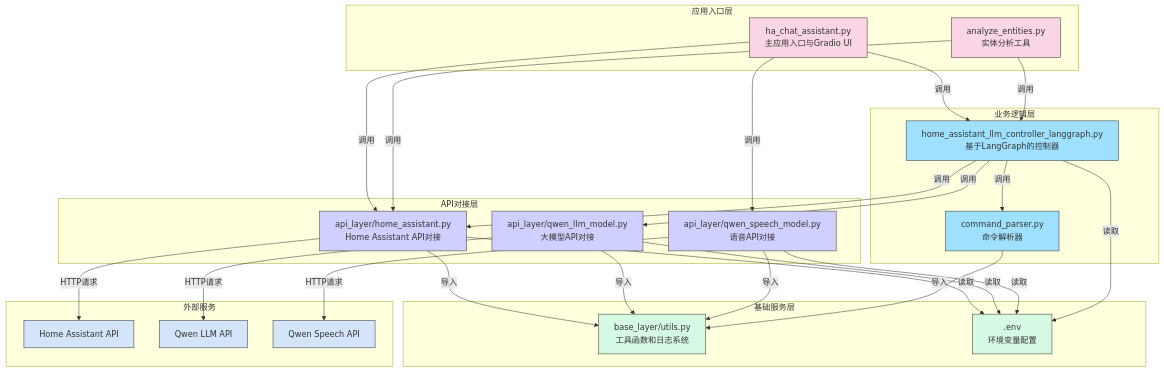
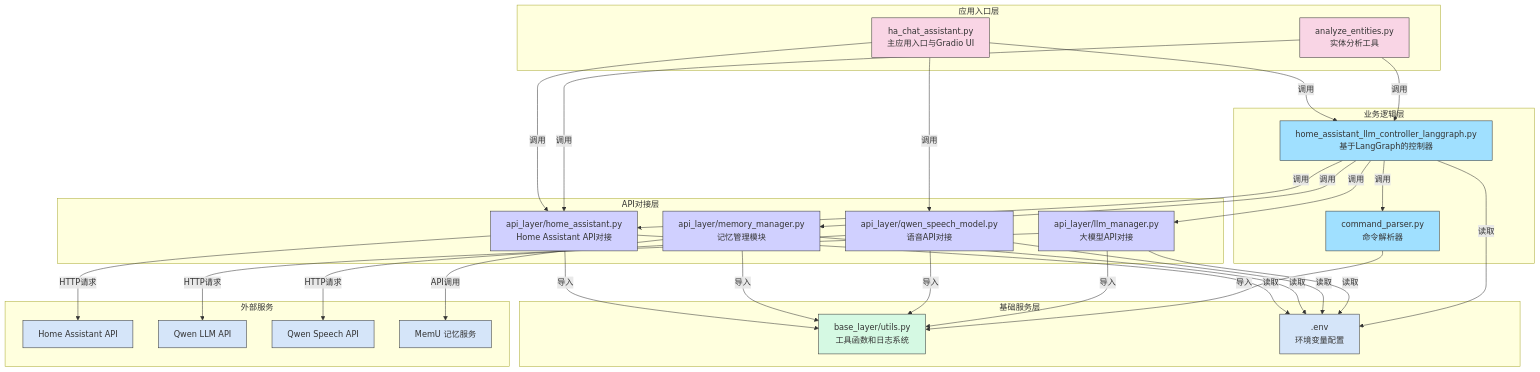
One commit to zlccccc/HomeAssistant-LLM-Analysis changed the diagram in README.md. Above: the diagram before and after it, drawn with Mermaid. The commit also changed other lines of this file, not shown here.

````diff
--- a/README.md
+++ b/README.md
@@ -9,64 +9,72 @@
 ```mermaid
 graph TD
     subgraph 应用入口层
         A[ha_chat_assistant.py<br>主应用入口与Gradio UI]
         C[analyze_entities.py<br>实体分析工具]
     end
   
     subgraph 业务逻辑层
         G[home_assistant_llm_controller_langgraph.py<br>基于LangGraph的控制器]
         B6[command_parser.py<br>命令解析器]
     end
   
     subgraph API对接层
         B1[api_layer/home_assistant.py<br>Home Assistant API对接]
+        B2[api_layer/memory_manager.py<br>记忆管理模块]
         B3[api_layer/qwen_speech_model.py<br>语音API对接]
-        B5[api_layer/qwen_llm_model.py<br>大模型API对接]
+        B4[api_layer/llm_manager.py<br>大模型API对接]
     end
   
     subgraph 基础服务层
         B7[base_layer/utils.py<br>工具函数和日志系统]
         B8[.env<br>环境变量配置]
     end
   
     subgraph 外部服务
         D[Home Assistant API]
         E[Qwen LLM API]
         F[Qwen Speech API]
+        H[MemU 记忆服务]
     end
   
     %% 调用关系 - 放在subgraph外部
     A -->|调用| G
     A -->|调用| B1
     A -->|调用| B3
     C -->|调用| G
     C -->|调用| B1
     G -->|调用| B6
     G -->|调用| B1
-    G -->|调用| B5
+    G -->|调用| B4
+    G -->|调用| B2
     B1 -->|HTTP请求| D
+    B2 -->|API调用| H
     B3 -->|HTTP请求| F
-    B5 -->|HTTP请求| E
+    B4 -->|HTTP请求| E
     B1 -->|导入| B7
     B1 -->|读取| B8
-    B5 -->|导入| B7
-    B5 -->|读取| B8
+    B2 -->|导入| B7
+    B2 -->|读取| B8
     B3 -->|导入| B7
     B3 -->|读取| B8
+    B4 -->|导入| B7
+    B4 -->|读取| B8
     B6 -->|导入| B7
     G -->|读取| B8
   
     %% 样式设置
     style A fill:#f9d5e5,stroke:#333,stroke-width:1px
     style C fill:#f9d5e5,stroke:#333,stroke-width:1px
     style G fill:#a0e0ff,stroke:#333,stroke-width:1px
     style B6 fill:#a0e0ff,stroke:#333,stroke-width:1px
     style B1 fill:#d0d0ff,stroke:#333,stroke-width:1px
+    style B2 fill:#d0d0ff,stroke:#333,stroke-width:1px
     style B3 fill:#d0d0ff,stroke:#333,stroke-width:1px
-    style B5 fill:#d0d0ff,stroke:#333,stroke-width:1px
+    style B4 fill:#d0d0ff,stroke:#333,stroke-width:1px
     style B7 fill:#d5f9e3,stroke:#333,stroke-width:1px
-    style B8 fill:#d5f9e3,stroke:#333,stroke-width:1px
+    style B8 fill:#d5e5f9,stroke:#333,stroke-width:1px
     style D fill:#d5e5f9,stroke:#333,stroke-width:1px
     style E fill:#d5e5f9,stroke:#333,stroke-width:1px
     style F fill:#d5e5f9,stroke:#333,stroke-width:1px
+    style H fill:#d5e5f9,stroke:#333,stroke-width:1px
 ```
````
